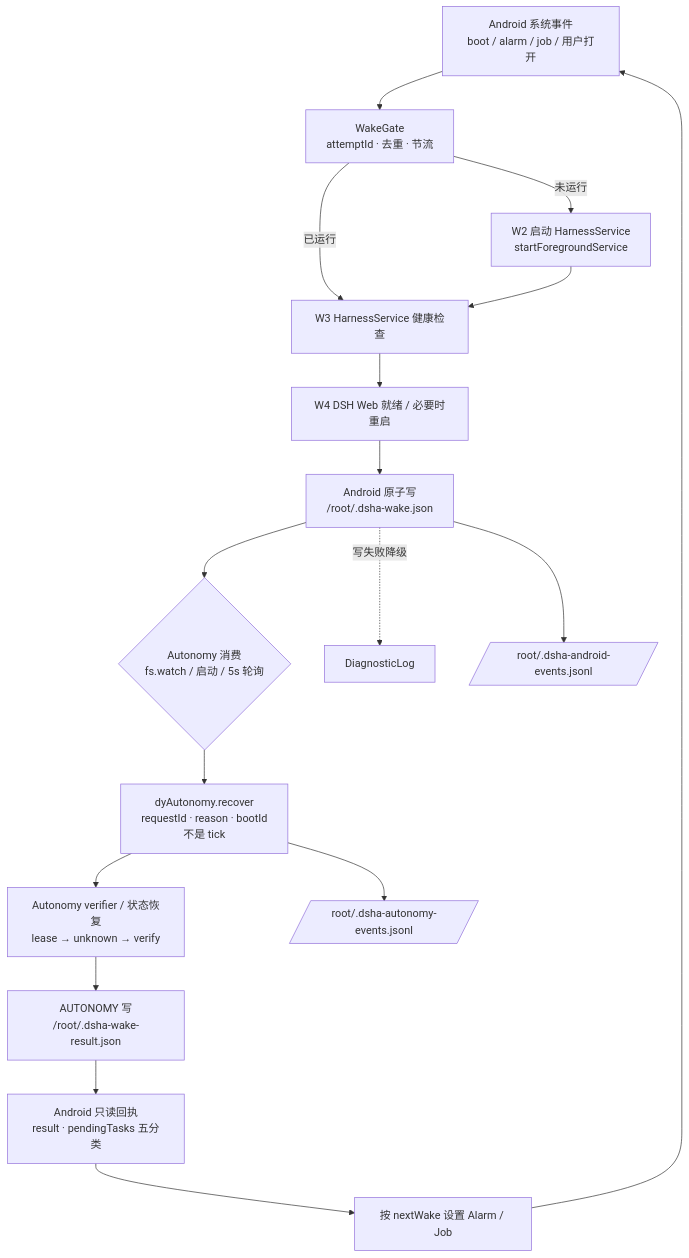
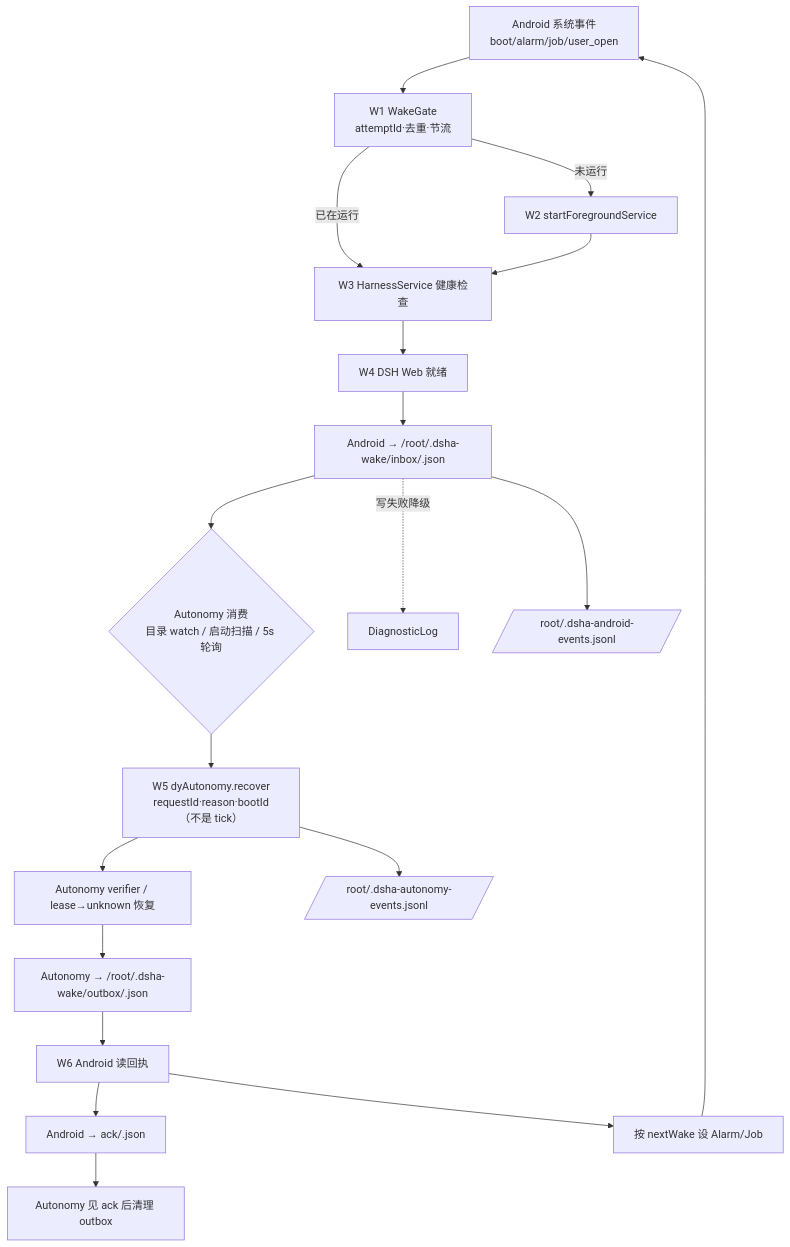
One commit to ba-song/dsh-memory-core changed the diagram in coordination/Android 平台负责人报告.md. Above: the diagram before and after it, drawn with Mermaid. The commit also changed other lines of this file, not shown here.

Commit message:
docs(coordination): Android 平台负责人报告 v3 (inbox/outbox queue, receipt ack, nextWake, f2fs durability)

````diff
--- a/coordination/Android 平台负责人报告.md
+++ b/coordination/Android 平台负责人报告.md
@@ -143,19 +103,21 @@
 ```mermaid
 flowchart TD
-  SYS[Android 系统事件<br/>boot / alarm / job / 用户打开] --> WG[WakeGate<br/>attemptId · 去重 · 节流]
-  WG -->|已运行| W3[W3 HarnessService 健康检查]
-  WG -->|未运行| W2[W2 启动 HarnessService<br/>startForegroundService]
+  SYS[Android 系统事件<br/>boot/alarm/job/user_open] --> WG[W1 WakeGate<br/>attemptId·去重·节流]
+  WG -->|已在运行| W3[W3 HarnessService 健康检查]
+  WG -->|未运行| W2[W2 startForegroundService]
   W2 --> W3
-  W3 --> W4[W4 DSH Web 就绪 / 必要时重启]
-  W4 --> AW[Android 原子写<br/>/root/.dsha-wake.json]
-  AW --> CONSUME{Autonomy 消费<br/>fs.watch / 启动 / 5s 轮询}
-  CONSUME --> REC[dyAutonomy.recover<br/>requestId · reason · bootId<br/>不是 tick]
-  REC --> VER[Autonomy verifier / 状态恢复<br/>lease → unknown → verify]
-  VER --> WR[AUTONOMY 写<br/>/root/.dsha-wake-result.json]
-  WR --> AR[Android 只读回执<br/>result · pendingTasks 五分类]
-  AR --> NW[按 nextWake 设置 Alarm / Job]
+  W3 --> W4[W4 DSH Web 就绪]
+  W4 --> IN[Android → /root/.dsha-wake/inbox/<attemptId>.json]
+  IN --> CONS{Autonomy 消费<br/>目录 watch / 启动扫描 / 5s 轮询}
+  CONS --> REC[W5 dyAutonomy.recover<br/>requestId·reason·bootId（不是 tick）]
+  REC --> VER[Autonomy verifier / lease→unknown 恢复]
+  VER --> OUT[Autonomy → /root/.dsha-wake/outbox/<attemptId>.json]
+  OUT --> RD[W6 Android 读回执]
+  RD --> ACK[Android → ack/<attemptId>.json]
+  ACK --> CLN[Autonomy 见 ack 后清理 outbox]
+  RD --> NW[按 nextWake 设 Alarm/Job]
   NW --> SYS
-  AW -.写失败降级.-> DL[DiagnosticLog]
-  AW --> AL[/root/.dsha-android-events.jsonl/]
-  REC --> AU[/root/.dsha-autonomy-events.jsonl/]
+  IN -.写失败降级.-> DL[DiagnosticLog]
+  IN --> AE[/root/.dsha-android-events.jsonl/]
+  REC --> UE[/root/.dsha-autonomy-events.jsonl/]
 ```
````
